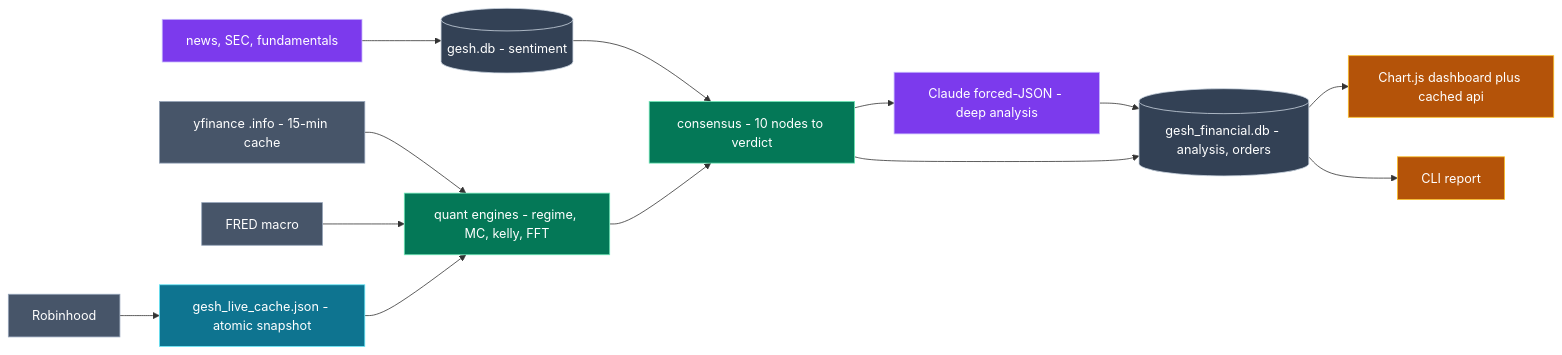
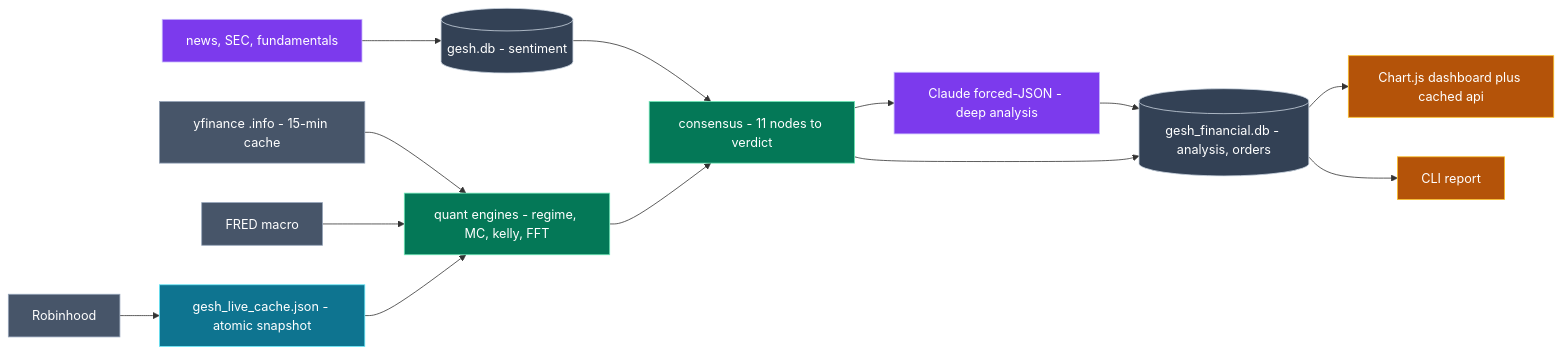
Before and after one commit to gesh75/Gesh-Project: the fifth of 8 diagrams in docs/ARCHITECTURE.md, drawn with Mermaid. The commit also changed other lines of this file and 4 other files, not shown here.

````diff
--- a/docs/ARCHITECTURE.md
+++ b/docs/ARCHITECTURE.md
@@ -208,22 +208,22 @@
 ```mermaid
 flowchart LR
     rh["Robinhood"]:::ext --> cache["gesh_live_cache.json - atomic snapshot"]:::svc
     yf["yfinance .info - 15-min cache"]:::ext --> eng["quant engines - regime, MC, kelly, FFT"]:::data
     fred["FRED macro"]:::ext --> eng
     cache --> eng
     news["news, SEC, fundamentals"]:::ai --> gdb[("gesh.db - sentiment")]:::store
-    gdb --> cons["consensus - 10 nodes to verdict"]:::data
+    gdb --> cons["consensus - 11 nodes to verdict"]:::data
     eng --> cons
     cons --> claude["Claude forced-JSON - deep analysis"]:::ai
     claude --> persist[("gesh_financial.db - analysis, orders")]:::store
     cons --> persist
     persist --> ui["Chart.js dashboard plus cached api"]:::core
     persist --> cliout["CLI report"]:::core
 
     classDef ext   fill:#475569,stroke:#94a3b8,color:#fff
     classDef svc   fill:#0e7490,stroke:#67e8f9,color:#fff
     classDef data  fill:#047857,stroke:#6ee7b7,color:#fff
     classDef ai    fill:#7c3aed,stroke:#c4b5fd,color:#fff
     classDef store fill:#334155,stroke:#cbd5e1,color:#fff
     classDef core  fill:#b45309,stroke:#fbbf24,color:#fff
 ```
````
